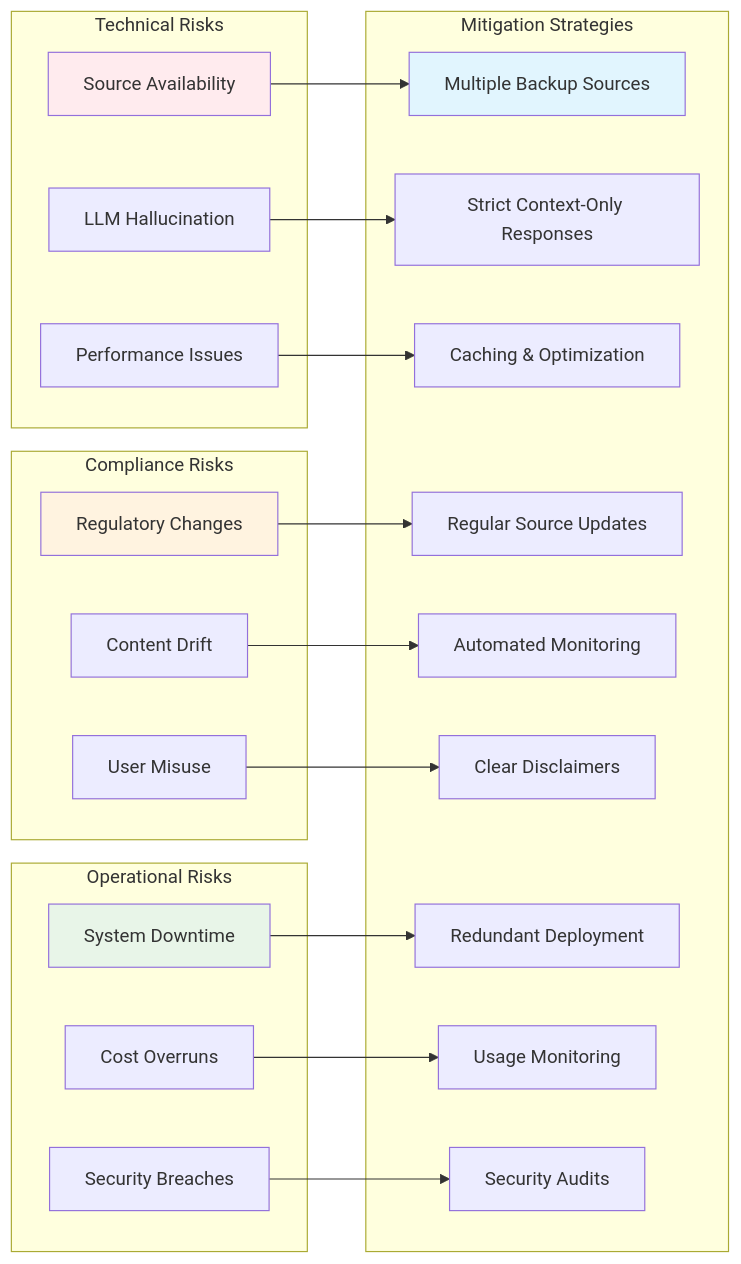
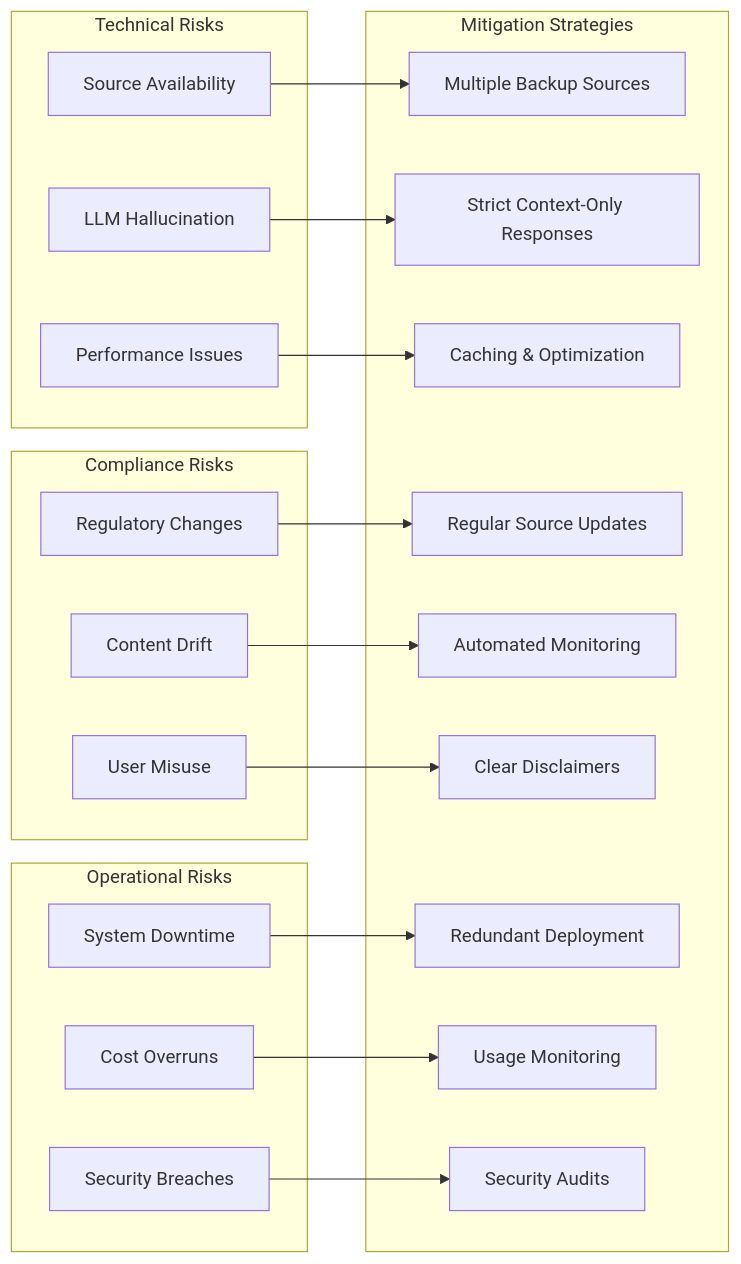
One commit to hey2308/Groww-RAG-chatbot changed diagram 12 of 13 in doc/architecture.md. Above: the diagram before and after it, drawn with Mermaid. The commit also changed other lines of this file, not shown here.

Commit message:
Update architecture.md: reflect current tech stack (Groq, pure Python vector store, Next.js, Render)

````diff
--- a/doc/architecture.md
+++ b/doc/architecture.md
@@ -940,49 +876,44 @@
 ```mermaid
 graph LR
     subgraph "Technical Risks"
         TR1[Source Availability]
         TR2[LLM Hallucination]
         TR3[Performance Issues]
     end
     
     subgraph "Compliance Risks"
         CR1[Regulatory Changes]
         CR2[Content Drift]
         CR3[User Misuse]
     end
     
     subgraph "Operational Risks"
         OR1[System Downtime]
         OR2[Cost Overruns]
         OR3[Security Breaches]
     end
     
     subgraph "Mitigation Strategies"
         MS1[Multiple Backup Sources]
         MS2[Strict Context-Only Responses]
         MS3[Caching & Optimization]
         MS4[Regular Source Updates]
         MS5[Automated Monitoring]
         MS6[Clear Disclaimers]
         MS7[Redundant Deployment]
         MS8[Usage Monitoring]
         MS9[Security Audits]
     end
     
     TR1 --> MS1
     TR2 --> MS2
     TR3 --> MS3
     
     CR1 --> MS4
     CR2 --> MS5
     CR3 --> MS6
     
     OR1 --> MS7
     OR2 --> MS8
     OR3 --> MS9
-    
-    style TR1 fill:#ffebee
-    style CR1 fill:#fff3e0
-    style OR1 fill:#e8f5e8
-    style MS1 fill:#e1f5fe
 ```
````
